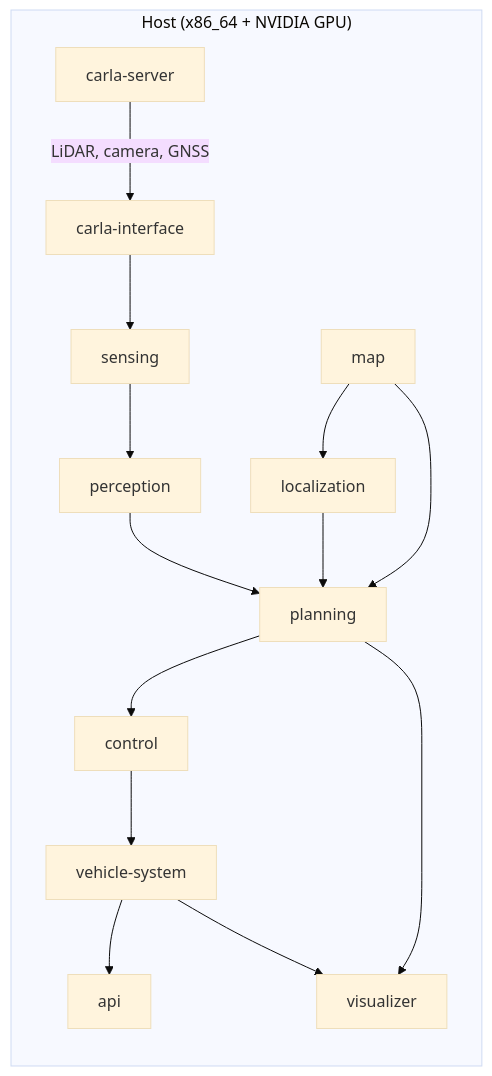
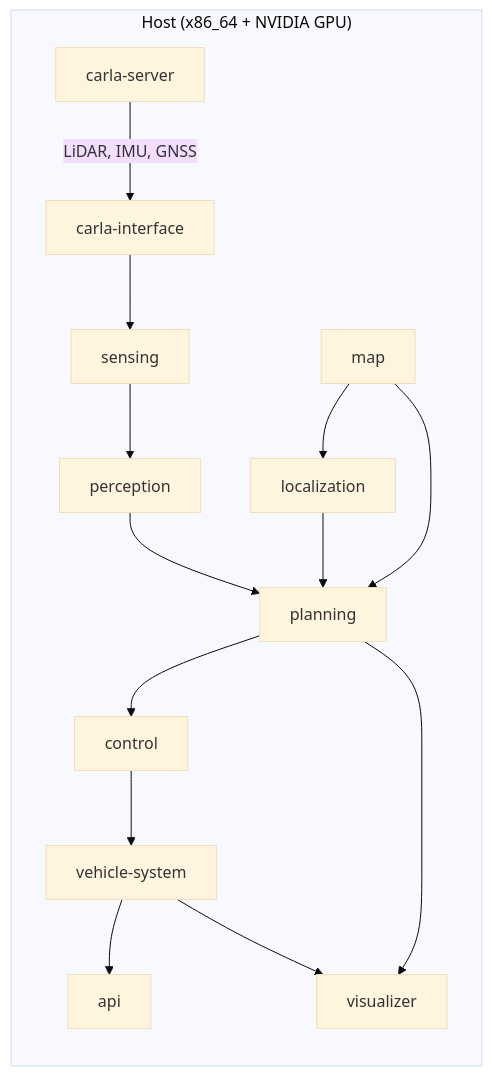
Before and after one commit to autowarefoundation/openadkit: the diagram in docs/deployment/carla-simulation/index.md, drawn with Mermaid (base theme). The commit also changed other lines of this file and 8 other files, not shown here.

````diff
--- a/docs/deployment/carla-simulation/index.md
+++ b/docs/deployment/carla-simulation/index.md
@@ -101,29 +114,29 @@
 ```mermaid
 flowchart LR
     subgraph Host["Host (x86_64 + NVIDIA GPU)"]
         C[carla-server]
         CI[carla-interface]
         S[sensing]
         P[perception]
         L[localization]
         M[map]
         PL[planning]
         CO[control]
         V[vehicle-system]
         A[api]
         VIZ[visualizer]
     end
 
-    C -->|LiDAR, camera, GNSS| CI
+    C -->|LiDAR, IMU, GNSS| CI
     CI --> S
     S --> P
     M --> L
     M --> PL
     L --> PL
     P --> PL
     PL --> CO
     CO --> V
     V --> A
     PL --> VIZ
     V --> VIZ
 ```
````
